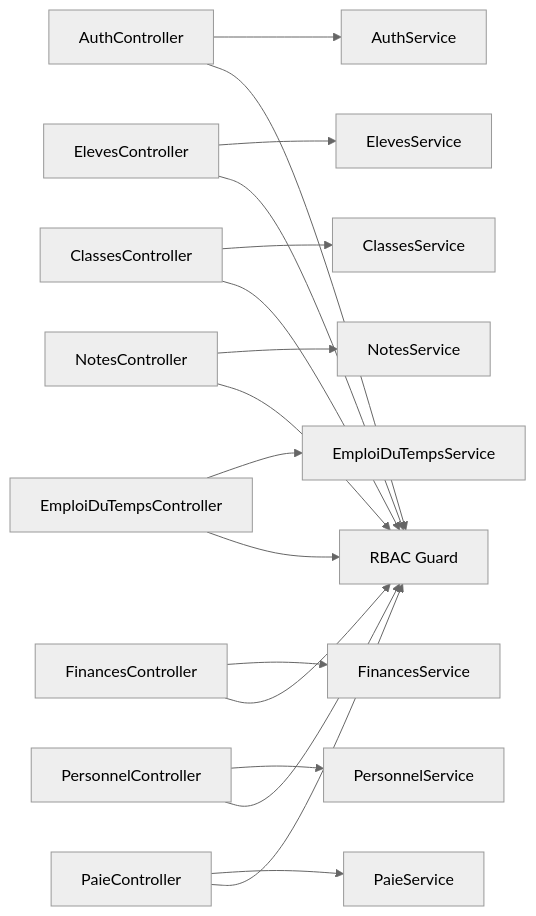
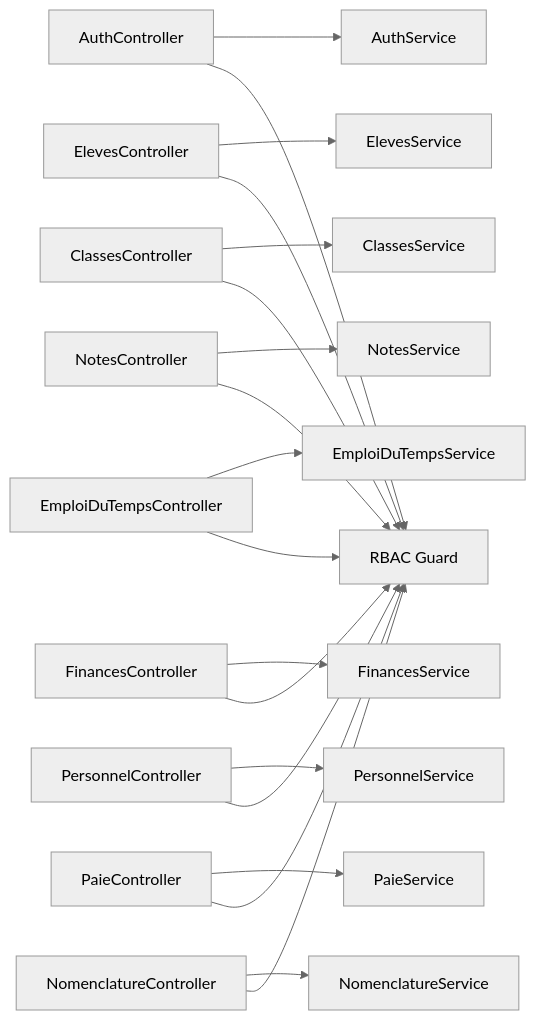
The fifth of 5 diagrams in .qoder/repowiki/en/content/API Reference/API Reference.md (franckylab/eLISAschool), drawn with Mermaid (neutral theme) before and after one commit. The commit also changed other lines of this file and 138 other files, not shown here.

````diff
--- a/.qoder/repowiki/en/content/API Reference/API Reference.md
+++ b/.qoder/repowiki/en/content/API Reference/API Reference.md
@@ -391,19 +425,21 @@
 ```mermaid
 graph LR
 AuthCtrl["AuthController"] --> AuthService["AuthService"]
 ElevesCtrl["ElevesController"] --> ElevesSvc["ElevesService"]
 ClassesCtrl["ClassesController"] --> ClassesSvc["ClassesService"]
 NotesCtrl["NotesController"] --> NotesSvc["NotesService"]
 EmploiCtrl["EmploiDuTempsController"] --> EmploiSvc["EmploiDuTempsService"]
 FinancesCtrl["FinancesController"] --> FinancesSvc["FinancesService"]
 PersonnelCtrl["PersonnelController"] --> PersonnelSvc["PersonnelService"]
 PaieCtrl["PaieController"] --> PaieSvc["PaieService"]
+NomenclatureCtrl["NomenclatureController"] --> NomenclatureSvc["NomenclatureService"]
 AuthCtrl --> RBAC["RBAC Guard"]
 ElevesCtrl --> RBAC
 ClassesCtrl --> RBAC
 NotesCtrl --> RBAC
 EmploiCtrl --> RBAC
 FinancesCtrl --> RBAC
 PersonnelCtrl --> RBAC
 PaieCtrl --> RBAC
+NomenclatureCtrl --> RBAC
 ```
````
